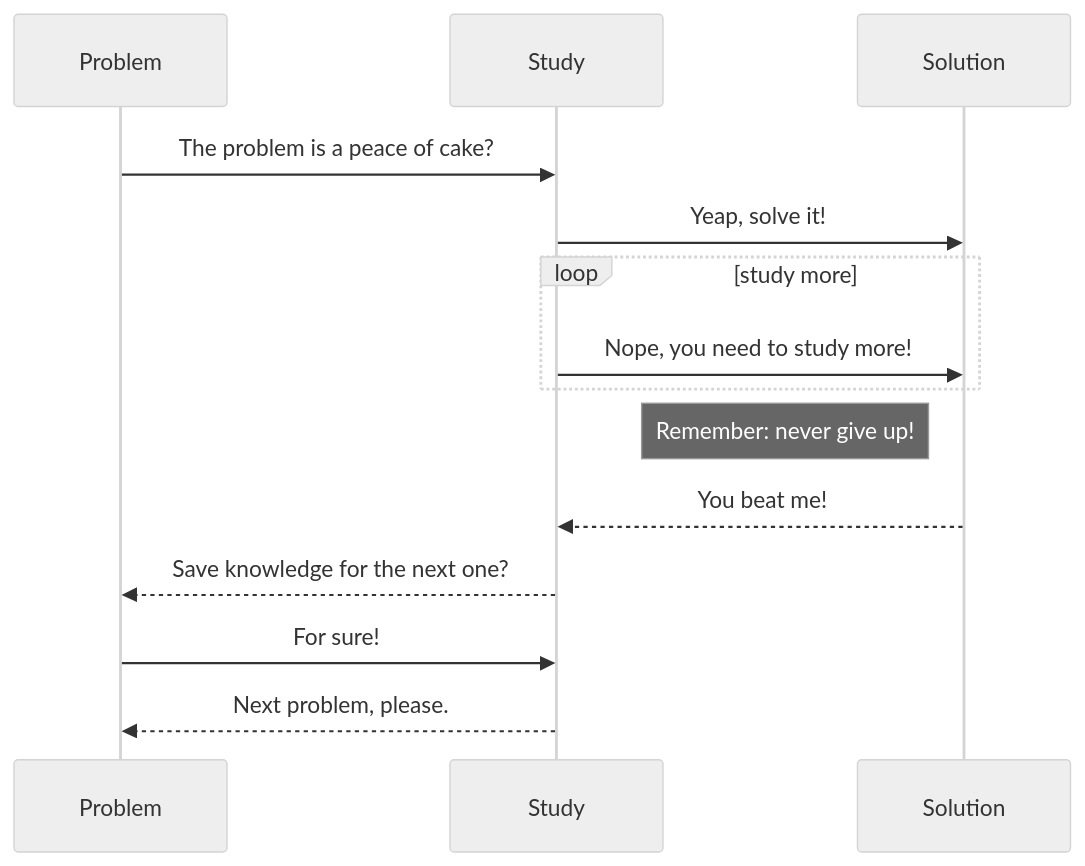
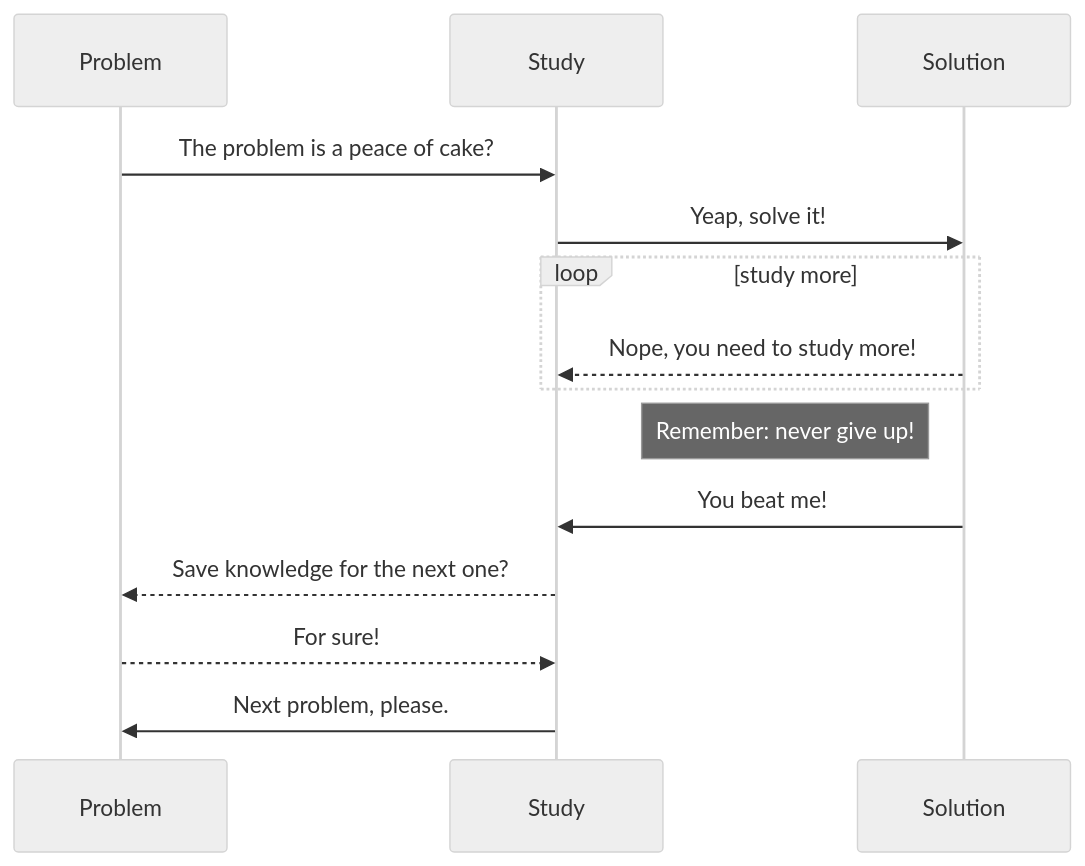
Before and after one commit to thyarles/thyarles: the diagram in README.md, drawn with Mermaid (neutral theme).

````diff
--- a/README.md
+++ b/README.md
@@ -15,15 +15,15 @@
 ```mermaid
 sequenceDiagram
     participant Problem
     participant Study
     Problem->>Study: The problem is a peace of cake?
     Study->>Solution: Yeap, solve it!
     loop study more
-        Study->>Solution: Nope, you need to study more!
+        Solution-->>Study: Nope, you need to study more!
     end
     Note left of Solution: Remember: never give up!
-    Solution-->>Study: You beat me!
+    Solution->>Study: You beat me!
     Study-->>Problem: Save knowledge for the next one?
-    Problem->>Study: For sure!
-    Study-->>Problem: Next problem, please.
+    Problem-->>Study: For sure!
+    Study->>Problem: Next problem, please.
 ```
````
